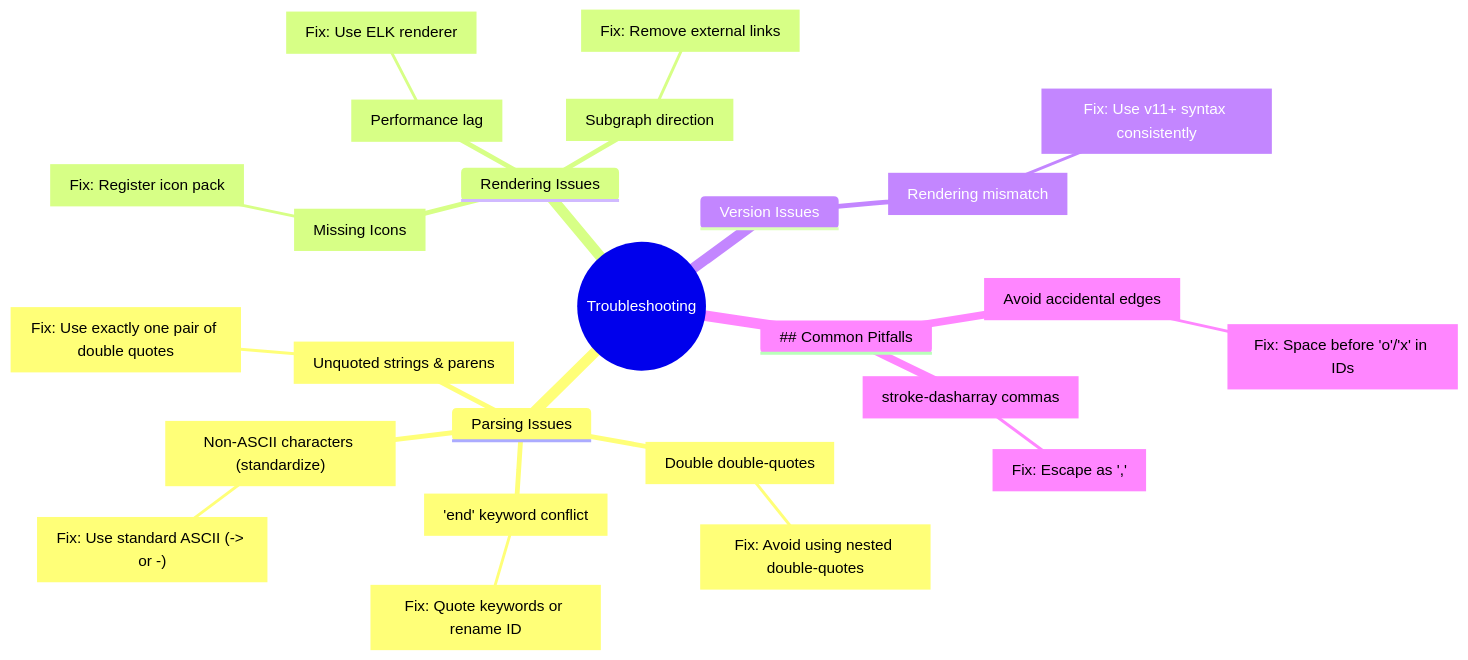
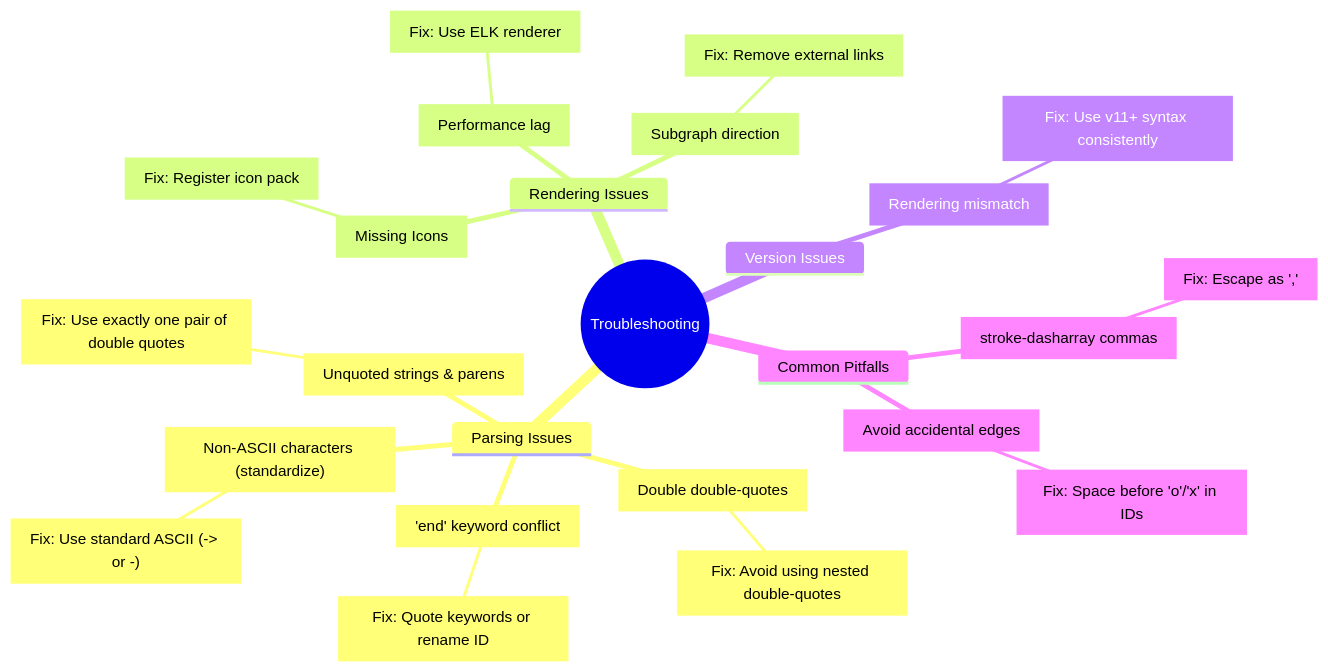
One commit to Cogni-AI-OU/cogni-ai-copilot-collections changed diagram 24 of 24 in skills/mermaid/SKILL.md. Above: the diagram before and after it, drawn with Mermaid.

Commit message:
Reverted `## Common Pitfalls` → original Mermaid node.

````diff
--- a/skills/mermaid/SKILL.md
+++ b/skills/mermaid/SKILL.md
@@ -715,39 +715,39 @@
 ```mermaid
 mindmap
   root((Troubleshooting))
     %% Keep items in alphabetical order within branches
     Parsing Issues
       id_parse1["'end' keyword conflict"]
       ::icon(fa fa-exclamation-triangle)
         id_parse1_fix["Fix: Quote keywords or rename ID"]
       id_parse2["Double double-quotes"]
       ::icon(fa fa-xmark)
         id_parse2_fix["Fix: Avoid using nested double-quotes"]
       id_parse3["Non-ASCII characters (standardize)"]
       ::icon(fa fa-arrow-right)
         id_parse3_fix["Fix: Use standard ASCII (-> or -)"]
       id_parse4["Unquoted strings & parens"]
       ::icon(fa fa-quote-right)
         id_parse4_fix["Fix: Use exactly one pair of double quotes"]
     Rendering Issues
       id_ren1["Missing Icons"]
       ::icon(fa fa-font-awesome)
         id_ren1_fix["Fix: Register icon pack"]
       id_ren2["Performance lag"]
       ::icon(fa fa-clock)
         id_ren2_fix["Fix: Use ELK renderer"]
       id_ren3["Subgraph direction"]
       ::icon(fa fa-compress-arrows-alt)
         id_ren3_fix["Fix: Remove external links"]
     Version Issues
       id_ver1["Rendering mismatch"]
       ::icon(fa fa-sync)
         id_ver1_fix["Fix: Use v11+ syntax consistently"]
-   ## Common Pitfalls
+    Common Pitfalls
       id_pit1["Avoid accidental edges"]
       ::icon(fa fa-project-diagram)
         id_pit1_fix["Fix: Space before 'o'/'x' in IDs"]
       id_pit2["stroke-dasharray commas"]
       ::icon(fa fa-minus)
         id_pit2_fix["Fix: Escape as '\,'"]
 ```
````
